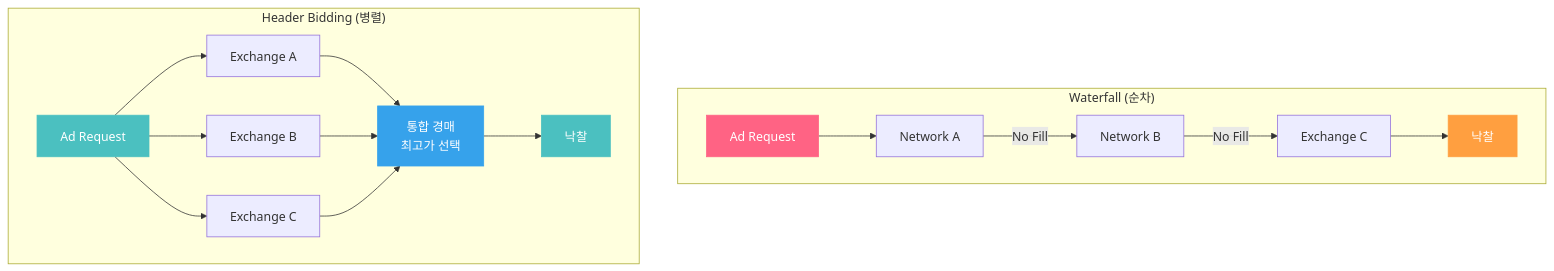
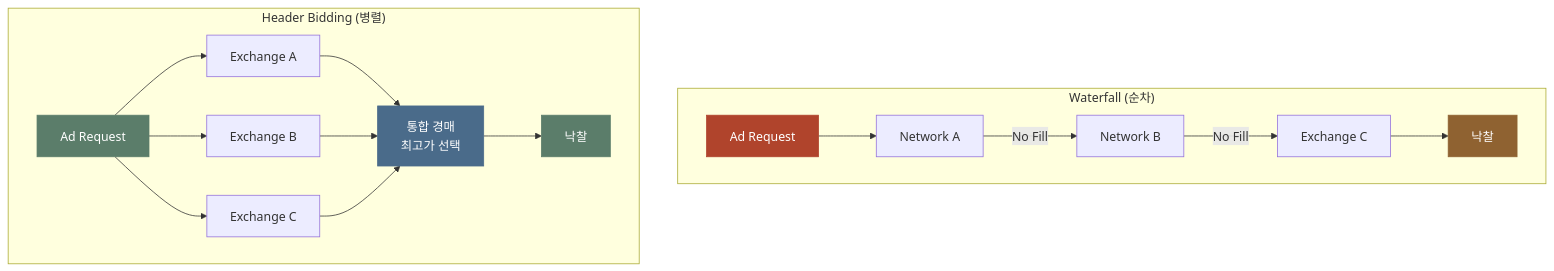
The seventh of 8 diagrams in posts/ad-network-vs-exchange.md (chkimsu/adtech-blog), drawn with Mermaid before and after one commit. The commit also changed other lines of this file and 40 other files, not shown here.

````diff
--- a/posts/ad-network-vs-exchange.md
+++ b/posts/ad-network-vs-exchange.md
@@ -321,26 +321,26 @@
 ```mermaid
 graph TB
     subgraph Waterfall["Waterfall (순차)"]
         W_REQ["Ad Request"] --> W_N1["Network A"]
         W_N1 -->|No Fill| W_N2["Network B"]
         W_N2 -->|No Fill| W_N3["Exchange C"]
         W_N3 --> W_WIN["낙찰"]
     end
 
     subgraph HB["Header Bidding (병렬)"]
         H_REQ["Ad Request"]
         H_REQ --> H_E1["Exchange A"]
         H_REQ --> H_E2["Exchange B"]
         H_REQ --> H_E3["Exchange C"]
         H_E1 --> H_AUCTION["통합 경매<br/>최고가 선택"]
         H_E2 --> H_AUCTION
         H_E3 --> H_AUCTION
         H_AUCTION --> H_WIN["낙찰"]
     end
 
-    style W_REQ fill:#ff6384,stroke:#ff6384,color:#fff
-    style H_REQ fill:#4bc0c0,stroke:#4bc0c0,color:#fff
-    style W_WIN fill:#ff9f40,stroke:#ff9f40,color:#fff
-    style H_WIN fill:#4bc0c0,stroke:#4bc0c0,color:#fff
-    style H_AUCTION fill:#36a2eb,stroke:#36a2eb,color:#fff
+    style W_REQ fill:#b0442c,stroke:#b0442c,color:#fff
+    style H_REQ fill:#5b7d6a,stroke:#5b7d6a,color:#fff
+    style W_WIN fill:#8f6231,stroke:#8f6231,color:#fff
+    style H_WIN fill:#5b7d6a,stroke:#5b7d6a,color:#fff
+    style H_AUCTION fill:#4a6b8a,stroke:#4a6b8a,color:#fff
 ```
````
